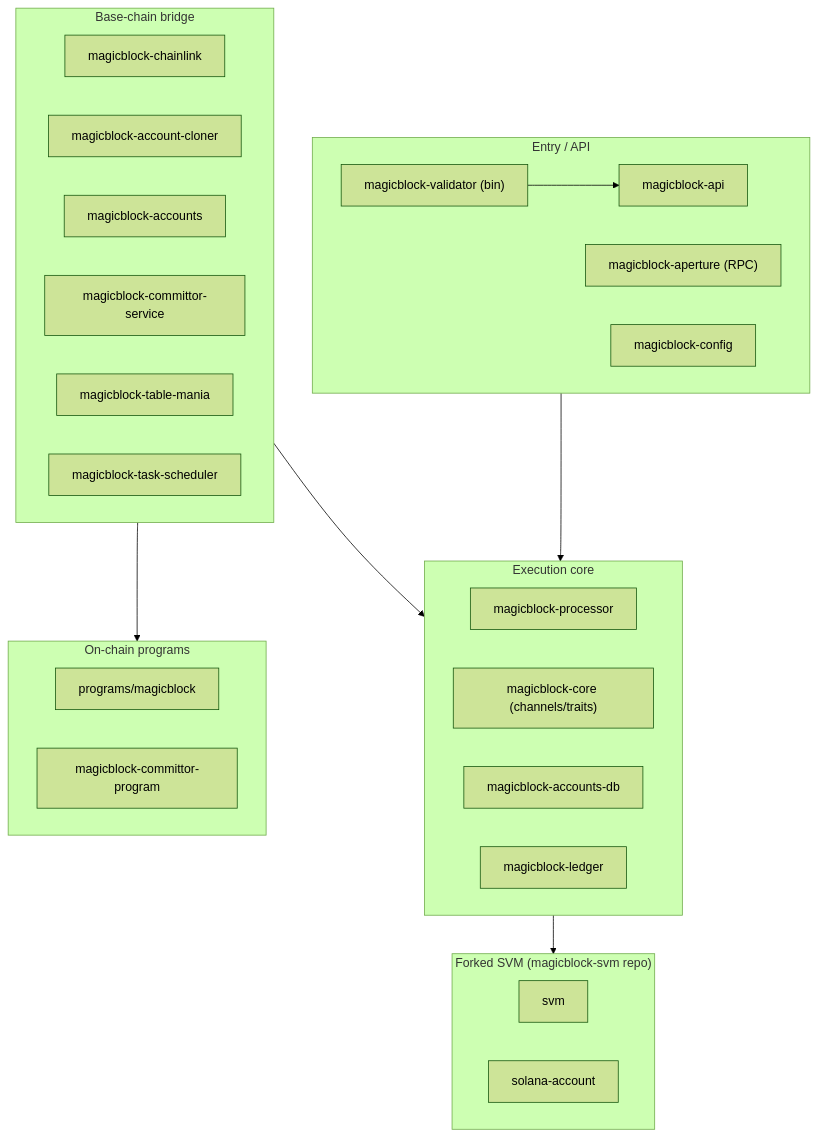
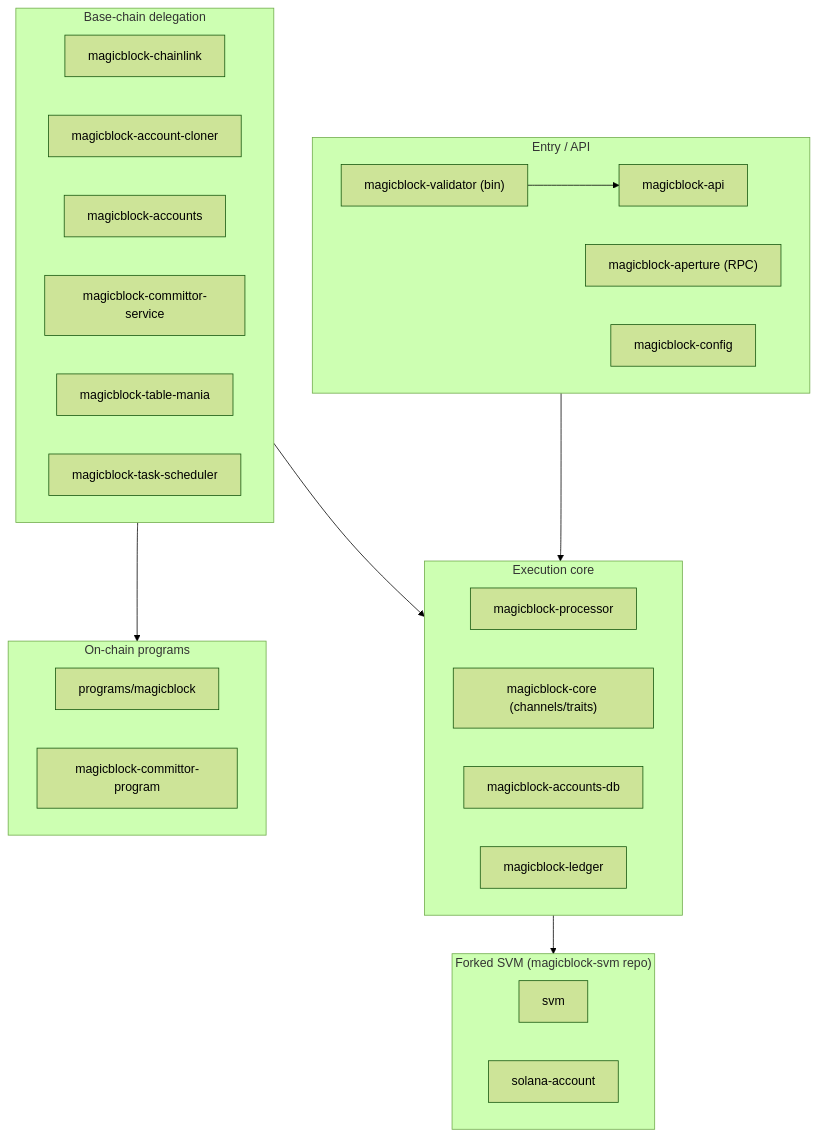
One commit to magicblock-labs/magicblock-validator changed the first of 2 diagrams in docs/architecture.md. Above: the diagram before and after it, drawn with Mermaid (forest theme). The commit also changed other lines of this file, not shown here.

Commit message:
Use delegation terminology in architecture doc

````diff
--- a/docs/architecture.md
+++ b/docs/architecture.md
@@ -12,34 +12,34 @@
 ```mermaid
 flowchart TB
     subgraph entry["Entry / API"]
         bin["magicblock-validator (bin)"] --> api[magicblock-api]
         aperture["magicblock-aperture (RPC)"]
         config[magicblock-config]
     end
     subgraph core["Execution core"]
         processor[magicblock-processor]
         mbcore["magicblock-core (channels/traits)"]
         adb[magicblock-accounts-db]
         ledger[magicblock-ledger]
     end
-    subgraph bridge["Base-chain bridge"]
+    subgraph delegation["Base-chain delegation"]
         chainlink[magicblock-chainlink]
         cloner[magicblock-account-cloner]
         accounts[magicblock-accounts]
         committor[magicblock-committor-service]
         tablemania[magicblock-table-mania]
         tasksched[magicblock-task-scheduler]
     end
     subgraph programs["On-chain programs"]
         magicprog["programs/magicblock"]
         committorprog[magicblock-committor-program]
     end
     subgraph svm["Forked SVM (magicblock-svm repo)"]
         svmcrate[svm]
         solacct[solana-account]
     end
     entry --> core
     core --> svm
-    bridge --> core
-    bridge --> programs
+    delegation --> core
+    delegation --> programs
 ```
````
